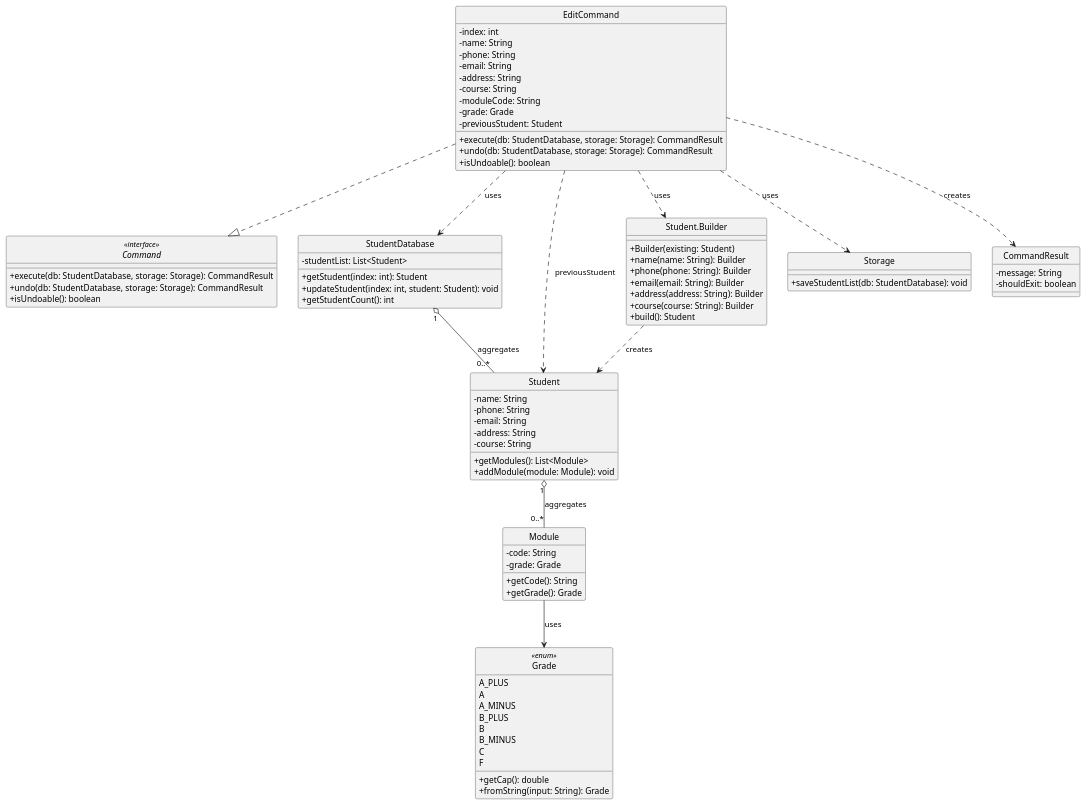
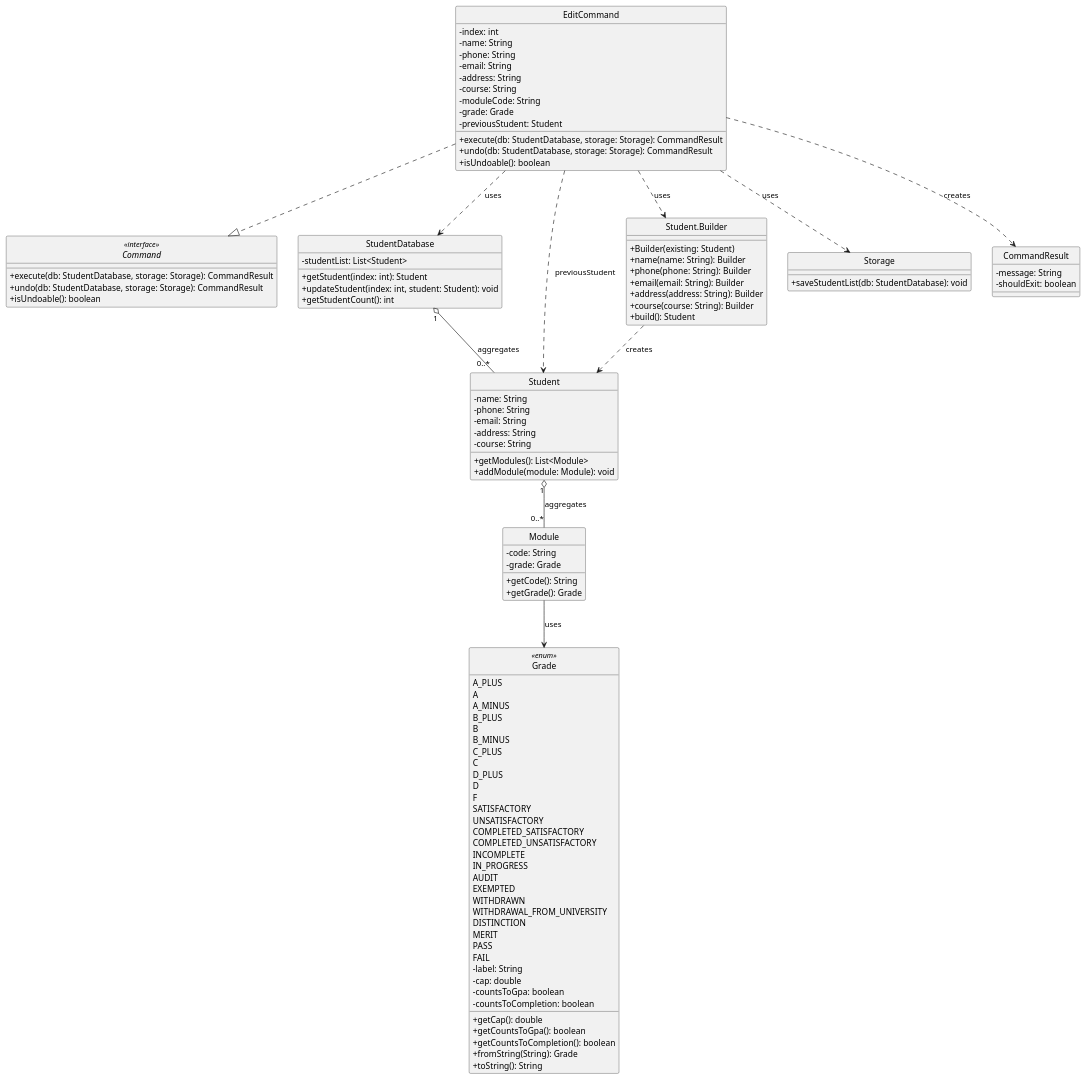
The diagram in docs/diagrams/EditCommandClass.puml (AgaraNUS/tp), drawn with PlantUML before and after one commit. The commit also changed 52 other files, not shown here.

```diff
--- a/docs/diagrams/EditCommandClass.puml
+++ b/docs/diagrams/EditCommandClass.puml
@@ -1,94 +1,118 @@
 @startuml EditCommand
 
 skinparam classAttributeIconSize 0
 skinparam style strictuml
 
 interface Command <<interface>> {
   + execute(db: StudentDatabase, storage: Storage): CommandResult
   + undo(db: StudentDatabase, storage: Storage): CommandResult
   + isUndoable(): boolean
 }
 
 class EditCommand {
   - index: int
   - name: String
   - phone: String
   - email: String
   - address: String
   - course: String
   - moduleCode: String
   - grade: Grade
   - previousStudent: Student
   + execute(db: StudentDatabase, storage: Storage): CommandResult
   + undo(db: StudentDatabase, storage: Storage): CommandResult
   + isUndoable(): boolean
 }
 
 class StudentDatabase {
   - studentList: List<Student>
   + getStudent(index: int): Student
   + updateStudent(index: int, student: Student): void
   + getStudentCount(): int
 }
 
 class Student {
   - name: String
   - phone: String
   - email: String
   - address: String
   - course: String
   + getModules(): List<Module>
   + addModule(module: Module): void
 }
 
 class "Student.Builder" as StudentBuilder {
   + Builder(existing: Student)
   + name(name: String): Builder
   + phone(phone: String): Builder
   + email(email: String): Builder
   + address(address: String): Builder
   + course(course: String): Builder
   + build(): Student
 }
 
 class Module {
   - code: String
   - grade: Grade
   + getCode(): String
   + getGrade(): Grade
 }
 
-enum Grade <<enum>> {
-  A_PLUS
-  A
-  A_MINUS
-  B_PLUS
-  B
-  B_MINUS
-  C
-  F
-  + getCap(): double
-  + fromString(input: String): Grade
+enum Grade <<enum>>{
+    A_PLUS
+    A
+    A_MINUS
+    B_PLUS
+    B
+    B_MINUS
+    C_PLUS
+    C
+    D_PLUS
+    D
+    F
+    SATISFACTORY
+    UNSATISFACTORY
+    COMPLETED_SATISFACTORY
+    COMPLETED_UNSATISFACTORY
+    INCOMPLETE
+    IN_PROGRESS
+    AUDIT
+    EXEMPTED
+    WITHDRAWN
+    WITHDRAWAL_FROM_UNIVERSITY
+    DISTINCTION
+    MERIT
+    PASS
+    FAIL
+    -label: String
+    -cap: double
+    -countsToGpa: boolean
+    -countsToCompletion: boolean
+    +getCap(): double
+    +getCountsToGpa(): boolean
+    +getCountsToCompletion(): boolean
+    +fromString(String): Grade
+    +toString(): String
 }
 
 class Storage {
   + saveStudentList(db: StudentDatabase): void
 }
 
 class CommandResult {
   - message: String
   - shouldExit: boolean
 }
 
 EditCommand ..|> Command
 EditCommand ..> StudentDatabase : uses
 EditCommand ..> Storage : uses
 EditCommand ..> CommandResult : creates
 EditCommand ..> StudentBuilder : uses
 EditCommand ..> Student : previousStudent
 StudentBuilder ..> Student : creates
 StudentDatabase "1" o-- "0..*" Student : aggregates
 Student "1" o-- "0..*" Module : aggregates
 Module --> Grade : uses
 
 @enduml
```
